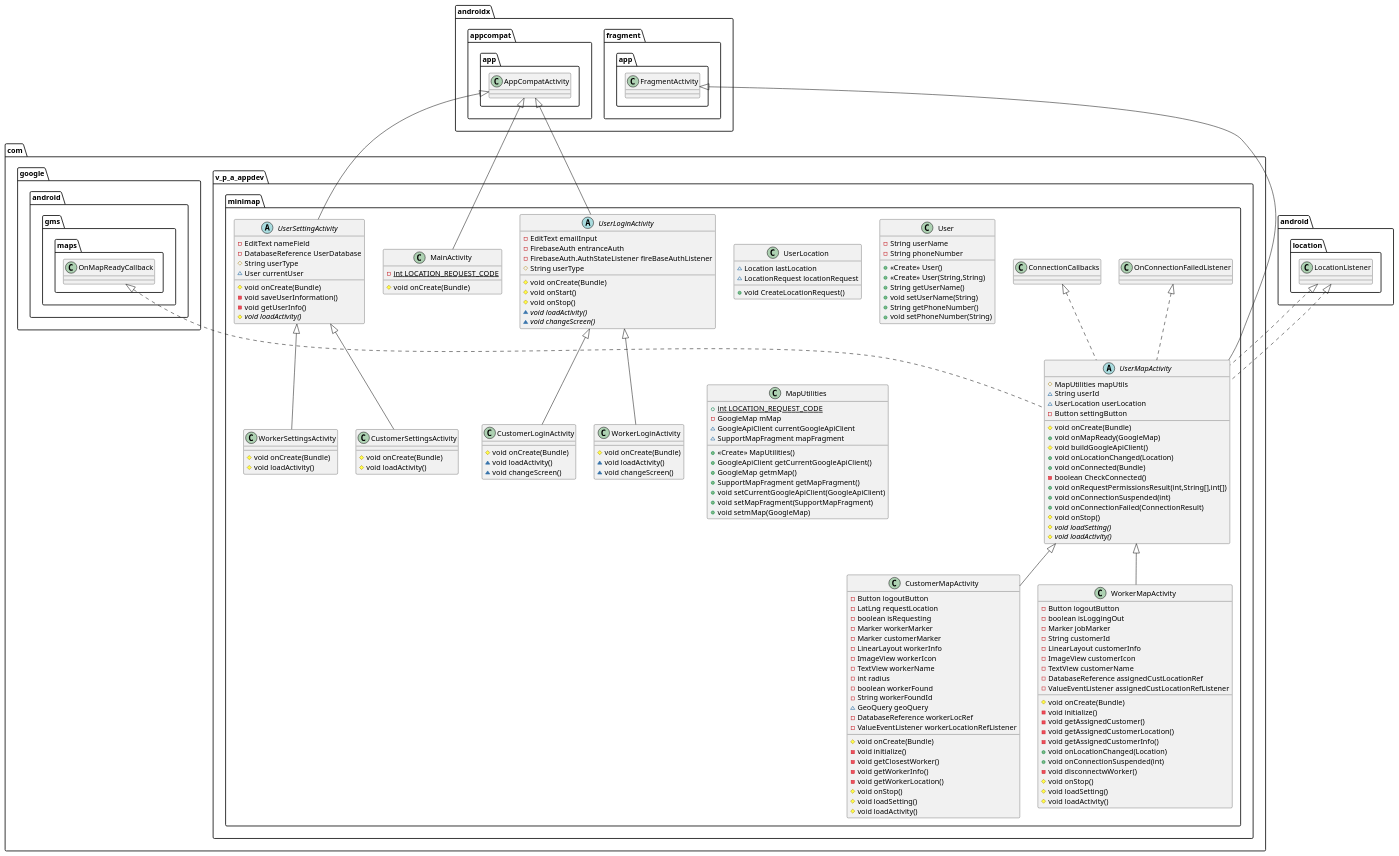
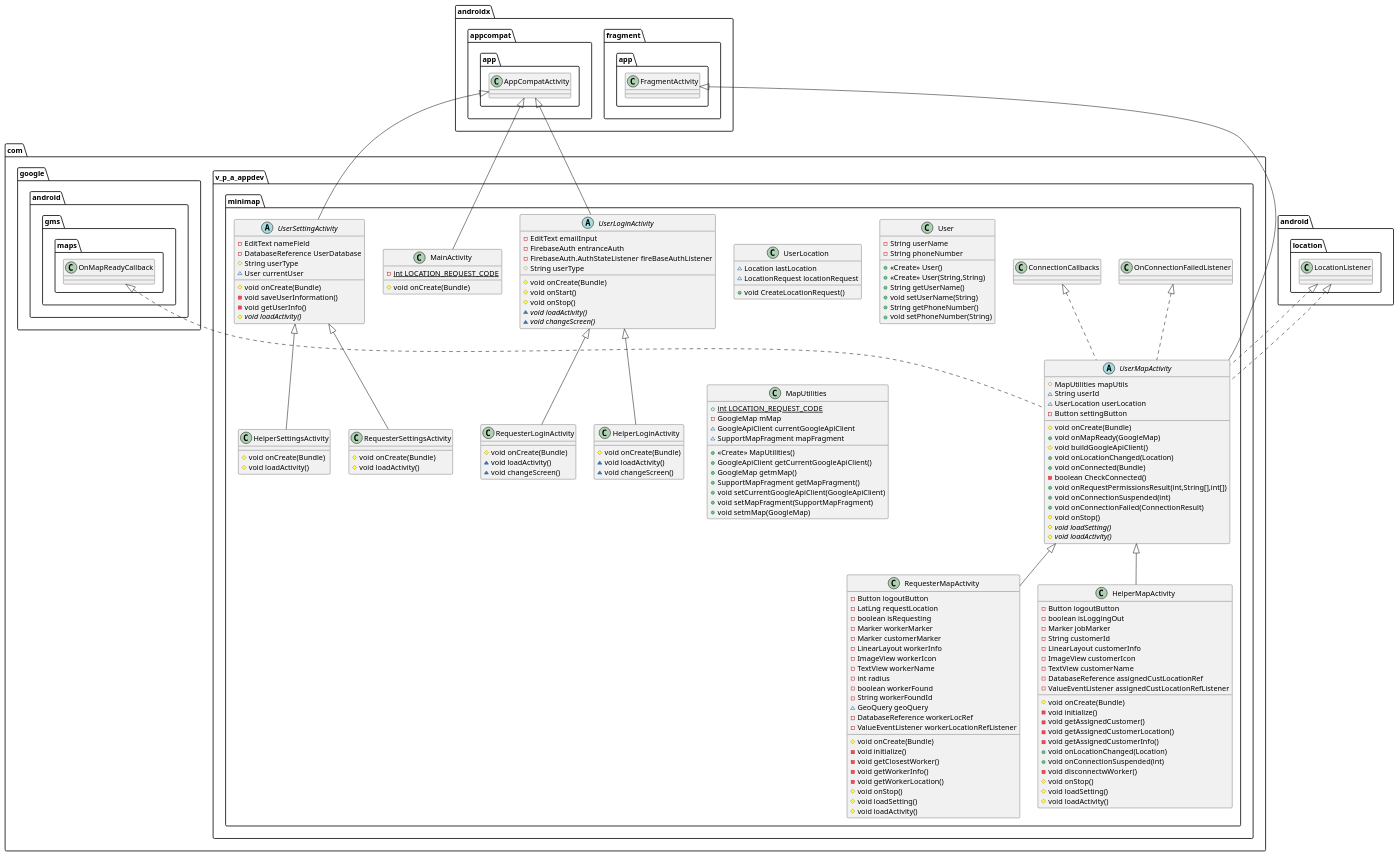
The diagram in MiniMap/uml.puml (V-P-A-AppDev/MINIMAP), drawn with PlantUML before and after one commit. The commit also changed 21 other files, not shown here.

```diff
--- a/MiniMap/uml.puml
+++ b/MiniMap/uml.puml
@@ -1,154 +1,154 @@
 @startuml
-class com.v_p_a_appdev.minimap.WorkerSettingsActivity {
+class com.v_p_a_appdev.minimap.HelperSettingsActivity {
 # void onCreate(Bundle)
 # void loadActivity()
 }
-class com.v_p_a_appdev.minimap.CustomerMapActivity {
+class com.v_p_a_appdev.minimap.RequesterMapActivity {
 - Button logoutButton
 - LatLng requestLocation
 - boolean isRequesting
 - Marker workerMarker
 - Marker customerMarker
 - LinearLayout workerInfo
 - ImageView workerIcon
 - TextView workerName
 - int radius
 - boolean workerFound
 - String workerFoundId
 ~ GeoQuery geoQuery
 - DatabaseReference workerLocRef
 - ValueEventListener workerLocationRefListener
 # void onCreate(Bundle)
 - void initialize()
 - void getClosestWorker()
 - void getWorkerInfo()
 - void getWorkerLocation()
 # void onStop()
 # void loadSetting()
 # void loadActivity()
 }
 class com.v_p_a_appdev.minimap.UserLocation {
 ~ Location lastLocation
 ~ LocationRequest locationRequest
 + void CreateLocationRequest()
 }
 abstract class com.v_p_a_appdev.minimap.UserLoginActivity {
 - EditText emailInput
 - FirebaseAuth entranceAuth
 - FirebaseAuth.AuthStateListener fireBaseAuthListener
 # String userType
 # void onCreate(Bundle)
 # void onStart()
 # void onStop()
 ~ {abstract}void loadActivity()
 ~ {abstract}void changeScreen()
 }
-class com.v_p_a_appdev.minimap.CustomerSettingsActivity {
+class com.v_p_a_appdev.minimap.RequesterSettingsActivity {
 # void onCreate(Bundle)
 # void loadActivity()
 }
-class com.v_p_a_appdev.minimap.WorkerMapActivity {
+class com.v_p_a_appdev.minimap.HelperMapActivity {
 - Button logoutButton
 - boolean isLoggingOut
 - Marker jobMarker
 - String customerId
 - LinearLayout customerInfo
 - ImageView customerIcon
 - TextView customerName
 - DatabaseReference assignedCustLocationRef
 - ValueEventListener assignedCustLocationRefListener
 # void onCreate(Bundle)
 - void initialize()
 - void getAssignedCustomer()
 - void getAssignedCustomerLocation()
 - void getAssignedCustomerInfo()
 + void onLocationChanged(Location)
 + void onConnectionSuspended(int)
 - void disconnectwWorker()
 # void onStop()
 # void loadSetting()
 # void loadActivity()
 }
-class com.v_p_a_appdev.minimap.CustomerLoginActivity {
+class com.v_p_a_appdev.minimap.RequesterLoginActivity {
 # void onCreate(Bundle)
 ~ void loadActivity()
 ~ void changeScreen()
 }
 class com.v_p_a_appdev.minimap.User {
 - String userName
 - String phoneNumber
 + <<Create>> User()
 + <<Create>> User(String,String)
 + String getUserName()
 + void setUserName(String)
 + String getPhoneNumber()
 + void setPhoneNumber(String)
 }
 class com.v_p_a_appdev.minimap.MainActivity {
 - {static} int LOCATION_REQUEST_CODE
 # void onCreate(Bundle)
 }
-class com.v_p_a_appdev.minimap.WorkerLoginActivity {
+class com.v_p_a_appdev.minimap.HelperLoginActivity {
 # void onCreate(Bundle)
 ~ void loadActivity()
 ~ void changeScreen()
 }
 abstract class com.v_p_a_appdev.minimap.UserSettingActivity {
 - EditText nameField
 - DatabaseReference UserDatabase
 # String userType
 ~ User currentUser
 # void onCreate(Bundle)
 - void saveUserInformation()
 - void getUserInfo()
 # {abstract}void loadActivity()
 }
 class com.v_p_a_appdev.minimap.MapUtilities {
 + {static} int LOCATION_REQUEST_CODE
 - GoogleMap mMap
 ~ GoogleApiClient currentGoogleApiClient
 ~ SupportMapFragment mapFragment
 + <<Create>> MapUtilities()
 + GoogleApiClient getCurrentGoogleApiClient()
 + GoogleMap getmMap()
 + SupportMapFragment getMapFragment()
 + void setCurrentGoogleApiClient(GoogleApiClient)
 + void setMapFragment(SupportMapFragment)
 + void setmMap(GoogleMap)
 }
 abstract class com.v_p_a_appdev.minimap.UserMapActivity {
 # MapUtilities mapUtils
 ~ String userId
 ~ UserLocation userLocation
 - Button settingButton
 # void onCreate(Bundle)
 + void onMapReady(GoogleMap)
 # void buildGoogleApiClient()
 + void onLocationChanged(Location)
 + void onConnected(Bundle)
 - boolean CheckConnected()
 + void onRequestPermissionsResult(int,String[],int[])
 + void onConnectionSuspended(int)
 + void onConnectionFailed(ConnectionResult)
 # void onStop()
 # {abstract}void loadSetting()
 # {abstract}void loadActivity()
 }
 
 
-com.v_p_a_appdev.minimap.UserSettingActivity <|-- com.v_p_a_appdev.minimap.WorkerSettingsActivity
-com.v_p_a_appdev.minimap.UserMapActivity <|-- com.v_p_a_appdev.minimap.CustomerMapActivity
+com.v_p_a_appdev.minimap.UserSettingActivity <|-- com.v_p_a_appdev.minimap.HelperSettingsActivity
+com.v_p_a_appdev.minimap.UserMapActivity <|-- com.v_p_a_appdev.minimap.RequesterMapActivity
 androidx.appcompat.app.AppCompatActivity <|-- com.v_p_a_appdev.minimap.UserLoginActivity
-com.v_p_a_appdev.minimap.UserSettingActivity <|-- com.v_p_a_appdev.minimap.CustomerSettingsActivity
-com.v_p_a_appdev.minimap.UserMapActivity <|-- com.v_p_a_appdev.minimap.WorkerMapActivity
-com.v_p_a_appdev.minimap.UserLoginActivity <|-- com.v_p_a_appdev.minimap.CustomerLoginActivity
+com.v_p_a_appdev.minimap.UserSettingActivity <|-- com.v_p_a_appdev.minimap.RequesterSettingsActivity
+com.v_p_a_appdev.minimap.UserMapActivity <|-- com.v_p_a_appdev.minimap.HelperMapActivity
+com.v_p_a_appdev.minimap.UserLoginActivity <|-- com.v_p_a_appdev.minimap.RequesterLoginActivity
 androidx.appcompat.app.AppCompatActivity <|-- com.v_p_a_appdev.minimap.MainActivity
-com.v_p_a_appdev.minimap.UserLoginActivity <|-- com.v_p_a_appdev.minimap.WorkerLoginActivity
+com.v_p_a_appdev.minimap.UserLoginActivity <|-- com.v_p_a_appdev.minimap.HelperLoginActivity
 androidx.appcompat.app.AppCompatActivity <|-- com.v_p_a_appdev.minimap.UserSettingActivity
 android.location.LocationListener <|.. com.v_p_a_appdev.minimap.UserMapActivity
 com.google.android.gms.maps.OnMapReadyCallback <|.. com.v_p_a_appdev.minimap.UserMapActivity
 com.v_p_a_appdev.minimap.ConnectionCallbacks <|.. com.v_p_a_appdev.minimap.UserMapActivity
 com.v_p_a_appdev.minimap.OnConnectionFailedListener <|.. com.v_p_a_appdev.minimap.UserMapActivity
 android.location.LocationListener <|.. com.v_p_a_appdev.minimap.UserMapActivity
 androidx.fragment.app.FragmentActivity <|-- com.v_p_a_appdev.minimap.UserMapActivity
 @enduml
```
